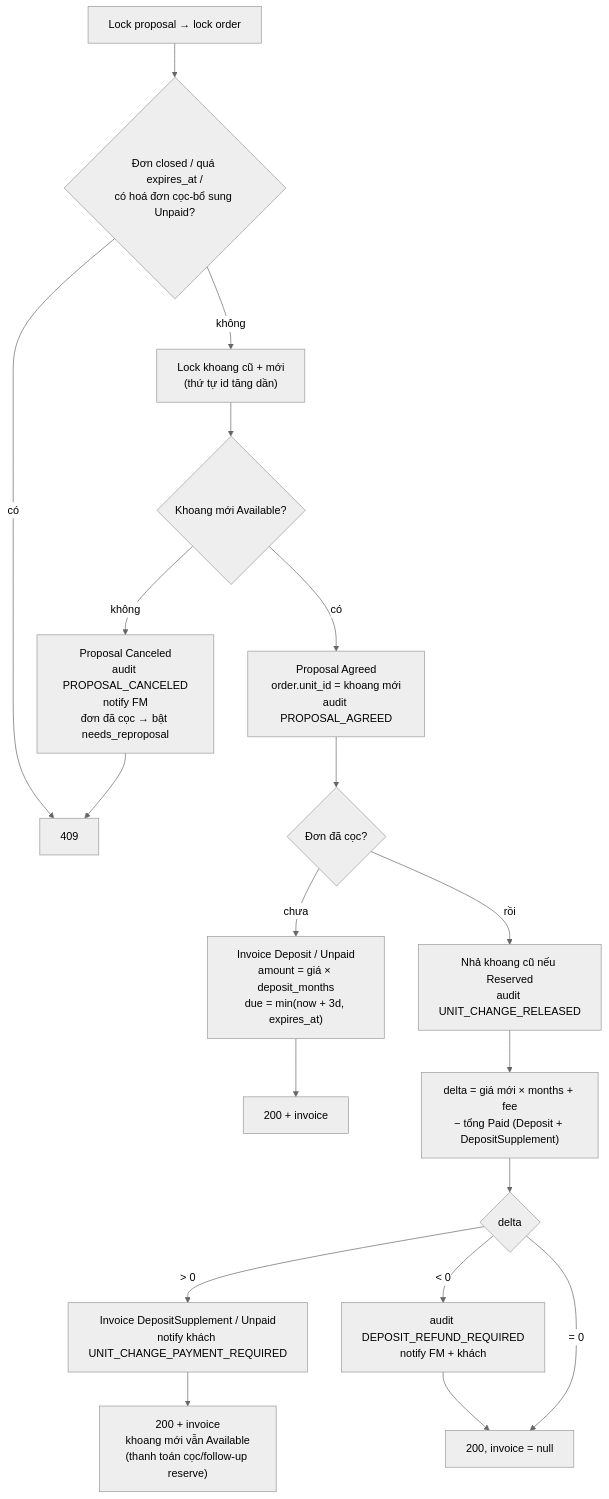
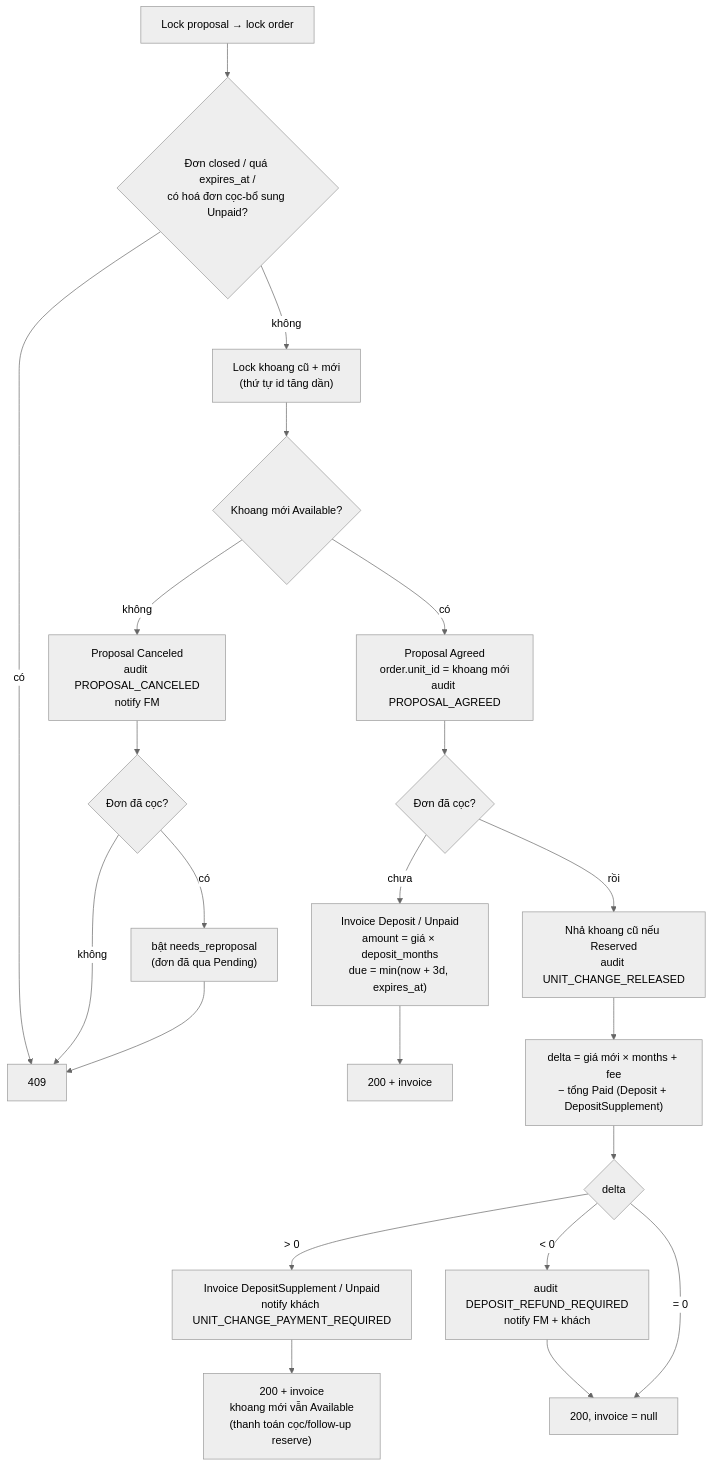
Before and after one commit to levihoccode/self-storage: the first of 3 diagrams in backend/docs/booking/proposal-flow.md, drawn with Mermaid (neutral theme). The commit also changed other lines of this file, not shown here.

Commit message:
docs(booking): clarify the two holdsUnit decisions in the agree flow

````diff
--- a/backend/docs/booking/proposal-flow.md
+++ b/backend/docs/booking/proposal-flow.md
@@ -11,21 +11,24 @@
 ```mermaid
 flowchart TB
     A0["Lock proposal → lock order"] --> A1{"Đơn closed / quá expires_at /<br/>có hoá đơn cọc-bổ sung Unpaid?"}
     A1 -- có --> AX["409"]
     A1 -- không --> A2["Lock khoang cũ + mới<br/>(thứ tự id tăng dần)"]
     A2 --> A3{"Khoang mới Available?"}
-    A3 -- không --> A4["Proposal Canceled<br/>audit PROPOSAL_CANCELED<br/>notify FM<br/>đơn đã cọc → bật needs_reproposal"]
-    A4 --> AX
+    A3 -- không --> A4["Proposal Canceled<br/>audit PROPOSAL_CANCELED<br/>notify FM"]
+    A4 --> A4H{"Đơn đã cọc?"}
+    A4H -- có --> A4F["bật needs_reproposal<br/>(đơn đã qua Pending)"]
+    A4H -- không --> AX["409"]
+    A4F --> AX
     A3 -- có --> A5["Proposal Agreed<br/>order.unit_id = khoang mới<br/>audit PROPOSAL_AGREED"]
     A5 --> A6{"Đơn đã cọc?"}
     A6 -- chưa --> A7["Invoice Deposit / Unpaid<br/>amount = giá × deposit_months<br/>due = min(now + 3d, expires_at)"]
     A7 --> A8["200 + invoice"]
     A6 -- rồi --> A9["Nhả khoang cũ nếu Reserved<br/>audit UNIT_CHANGE_RELEASED"]
     A9 --> A10["delta = giá mới × months + fee<br/>− tổng Paid (Deposit + DepositSupplement)"]
     A10 --> A11{"delta"}
     A11 -- "> 0" --> A12["Invoice DepositSupplement / Unpaid<br/>notify khách UNIT_CHANGE_PAYMENT_REQUIRED"]
     A12 --> A13["200 + invoice<br/>khoang mới vẫn Available<br/>(thanh toán cọc/follow-up reserve)"]
     A11 -- "< 0" --> A14["audit DEPOSIT_REFUND_REQUIRED<br/>notify FM + khách"]
     A14 --> A15["200, invoice = null"]
     A11 -- "= 0" --> A15
 ```
````
